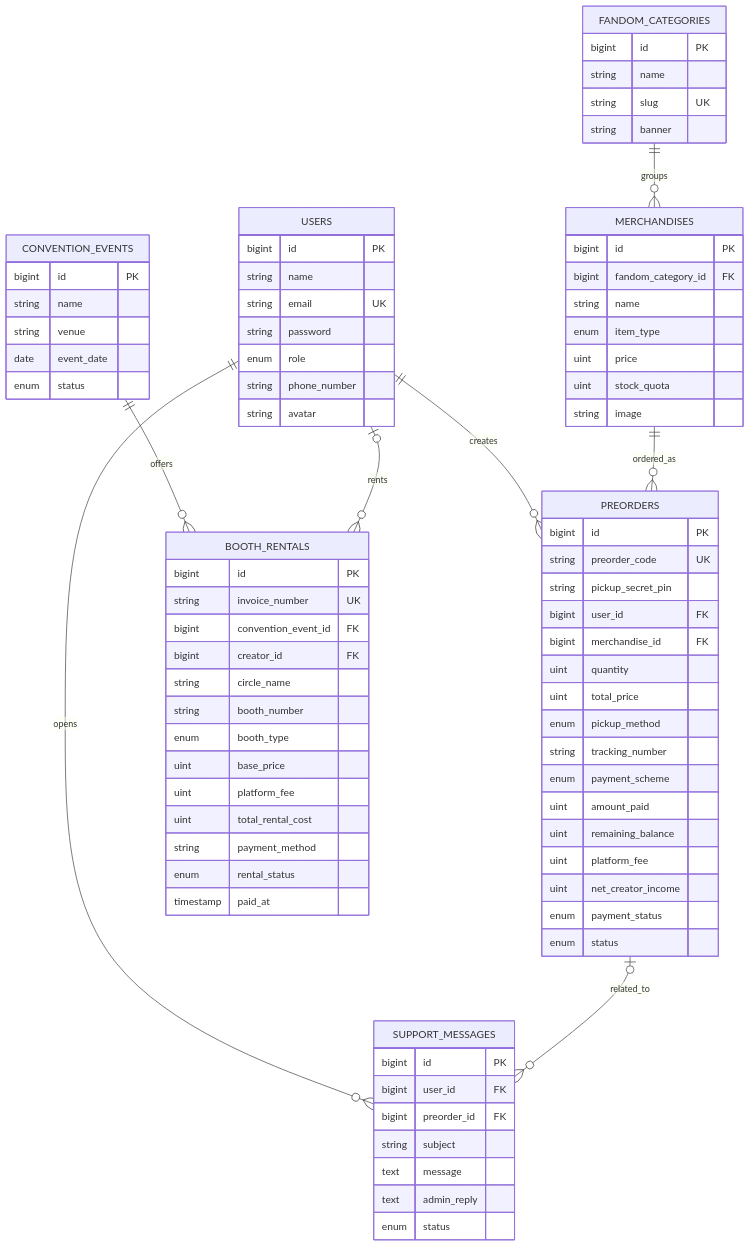
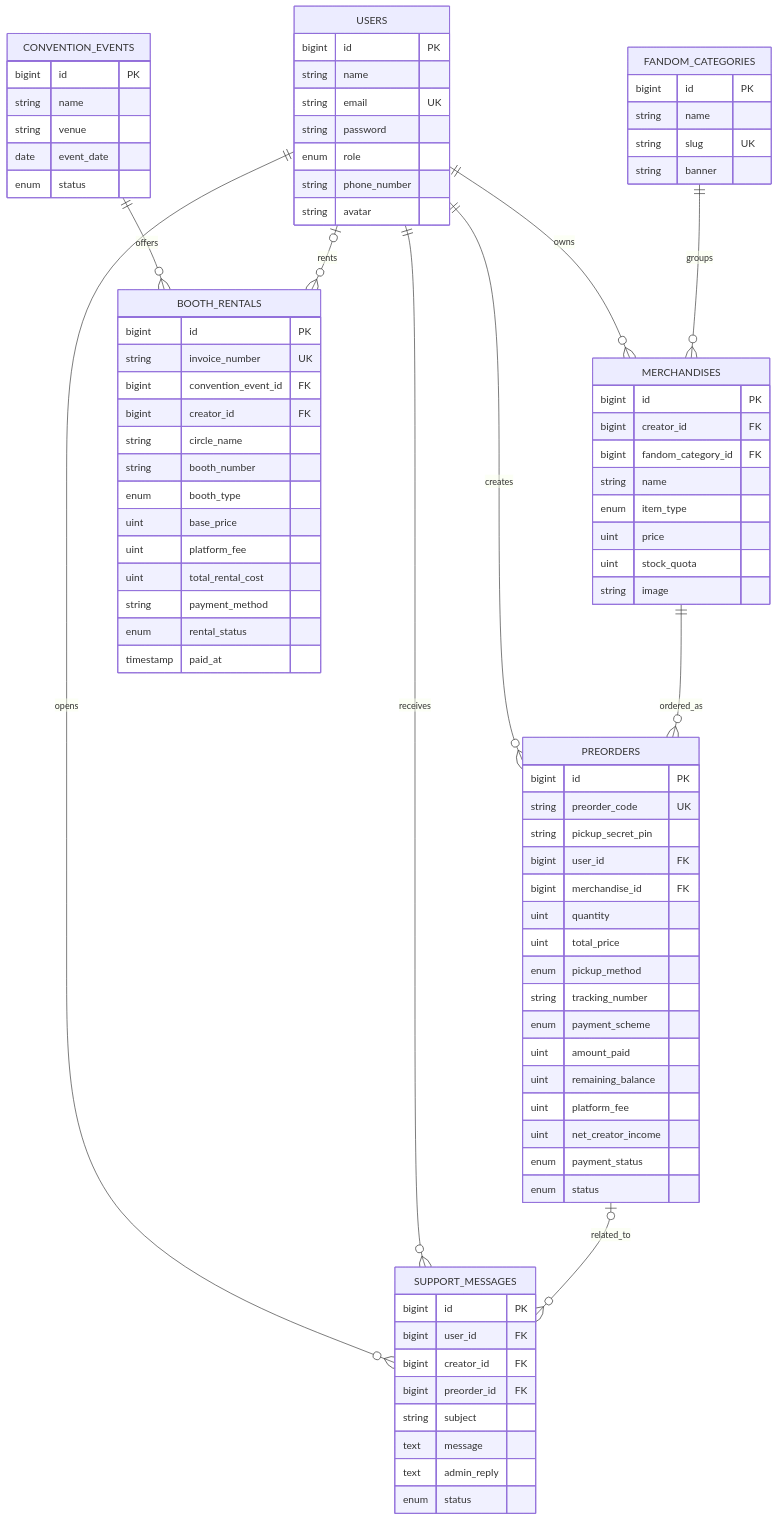
One commit to Robbyproject/comicraft changed the first of 2 diagrams in README.md. Above: the diagram before and after it, drawn with Mermaid. The commit also changed other lines of this file and 20 other files, not shown here.

```diff
--- a/README.md
+++ b/README.md
@@ -45,6 +45,7 @@
 
     MERCHANDISES {
         bigint id PK
+        bigint creator_id FK
         bigint fandom_category_id FK
         string name
         enum item_type
@@ -75,6 +76,7 @@
     SUPPORT_MESSAGES {
         bigint id PK
         bigint user_id FK
+        bigint creator_id FK
         bigint preorder_id FK
         string subject
         text message
@@ -107,9 +109,11 @@
     }
 
     USERS ||--o{ PREORDERS : creates
+    USERS ||--o{ MERCHANDISES : owns
     MERCHANDISES ||--o{ PREORDERS : ordered_as
     FANDOM_CATEGORIES ||--o{ MERCHANDISES : groups
     USERS ||--o{ SUPPORT_MESSAGES : opens
+    USERS ||--o{ SUPPORT_MESSAGES : receives
     PREORDERS o|--o{ SUPPORT_MESSAGES : related_to
     CONVENTION_EVENTS ||--o{ BOOTH_RENTALS : offers
     USERS o|--o{ BOOTH_RENTALS : rents
```
